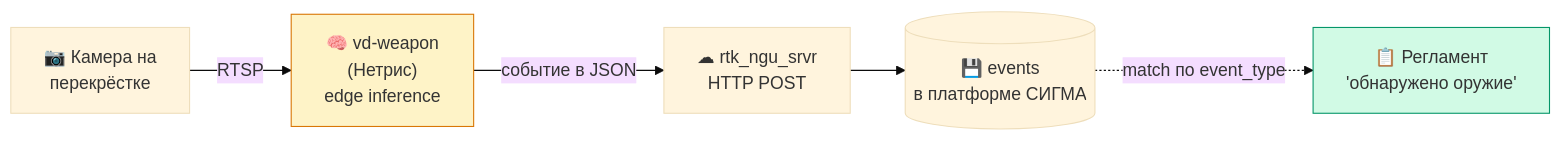
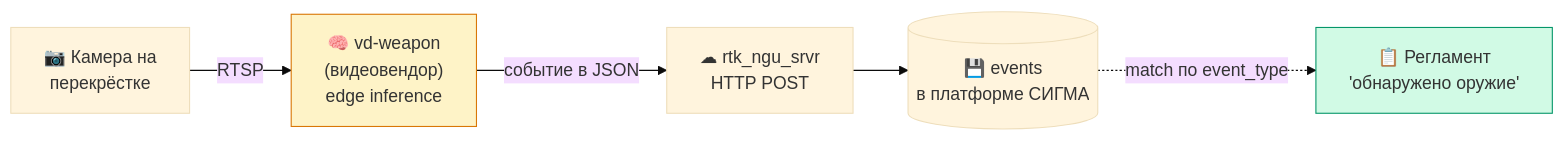
One commit to Barbashin1970/DOCS changed the second of 8 diagrams in RAGRAF_DOCS/GLOSSARY.md. Above: the diagram before and after it, drawn with Mermaid (base theme). The commit also changed other lines of this file and 4 other files, not shown here.

````diff
--- a/RAGRAF_DOCS/GLOSSARY.md
+++ b/RAGRAF_DOCS/GLOSSARY.md
@@ -225,16 +225,16 @@
 ```mermaid
 flowchart LR
   CAM["📷 Камера на<br>перекрёстке"]
-  VD["🧠 vd-weapon<br>(Нетрис)<br>edge inference"]
+  VD["🧠 vd-weapon<br>(видеовендор)<br>edge inference"]
   K["☁ rtk_ngu_srvr<br>HTTP POST"]
   S[("💾 events<br>в платформе СИГМА")]
   R["📋 Регламент<br>'обнаружено оружие'"]
 
   CAM -->|RTSP| VD
   VD -->|событие в JSON| K
   K --> S
   S -.->|match по event_type| R
 
   style VD fill:#fef3c7,stroke:#d97706
   style R fill:#d1fae5,stroke:#059669
 ```
````
